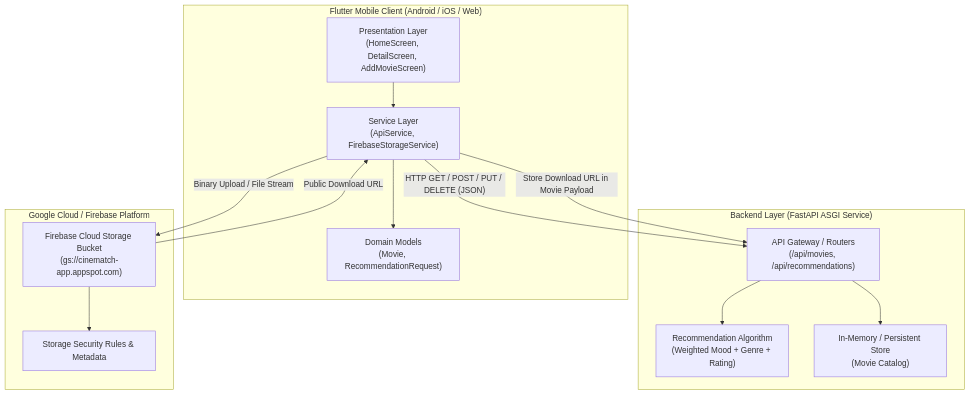
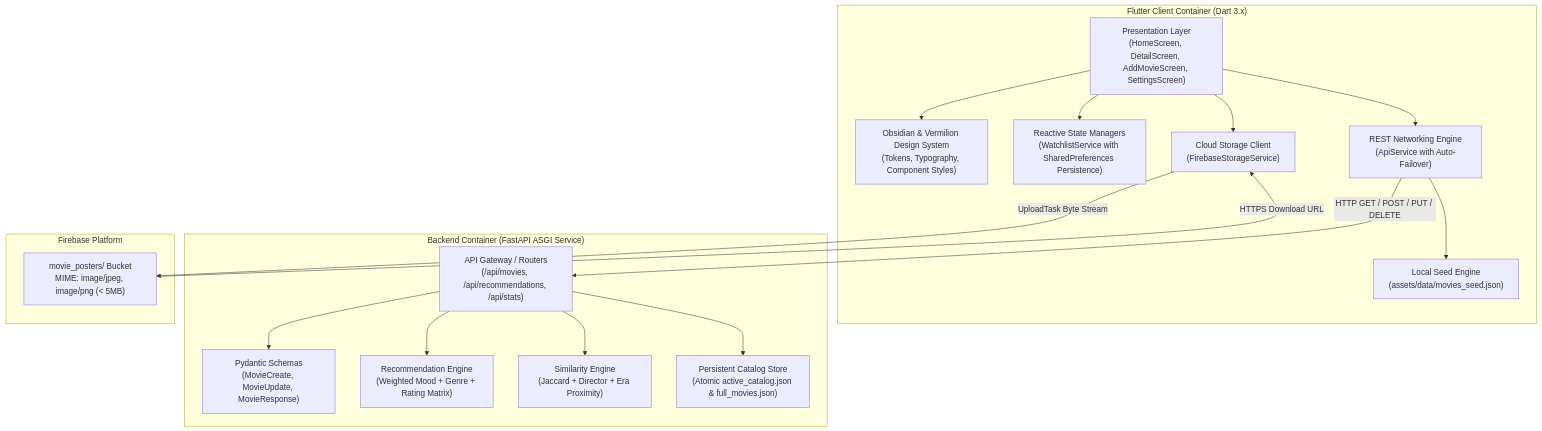
Before and after one commit to ivengexnce/cinematch: the second of 2 diagrams in architecture.md, drawn with Mermaid. The commit also changed other lines of this file and 25 other files, not shown here.

Commit message:
feat: add core app features including API service, screens, models, and UI components

````diff
--- a/architecture.md
+++ b/architecture.md
@@ -18,30 +45,39 @@
 ```mermaid
 graph TD
-    subgraph Client ["Flutter Mobile Client (Android / iOS / Web)"]
-        UI["Presentation Layer<br/>(HomeScreen, DetailScreen, AddMovieScreen)"]
-        Services["Service Layer<br/>(ApiService, FirebaseStorageService)"]
-        Models["Domain Models<br/>(Movie, RecommendationRequest)"]
-        UI --> Services
-        Services --> Models
+    subgraph ClientContainer ["Flutter Client Container (Dart 3.x)"]
+        UI["Presentation Layer<br/>(HomeScreen, DetailScreen, AddMovieScreen, SettingsScreen)"]
+        Theme["Obsidian & Vermilion Design System<br/>(Tokens, Typography, Component Styles)"]
+        StateService["Reactive State Managers<br/>(WatchlistService with SharedPreferences Persistence)"]
+        ApiClient["REST Networking Engine<br/>(ApiService with Auto-Failover)"]
+        StorageClient["Cloud Storage Client<br/>(FirebaseStorageService)"]
+        LocalSeed["Local Seed Engine<br/>(assets/data/movies_seed.json)"]
+
+        UI --> Theme
+        UI --> StateService
+        UI --> ApiClient
+        UI --> StorageClient
+        ApiClient --> LocalSeed
     end
 
-    subgraph Backend ["Backend Layer (FastAPI ASGI Service)"]
-        Router["API Gateway / Routers<br/>(/api/movies, /api/recommendations)"]
-        RecEngine["Recommendation Algorithm<br/>(Weighted Mood + Genre + Rating)"]
-        DB["In-Memory / Persistent Store<br/>(Movie Catalog)"]
+    subgraph BackendContainer ["Backend Container (FastAPI ASGI Service)"]
+        Router["API Gateway / Routers<br/>(/api/movies, /api/recommendations, /api/stats)"]
+        Validation["Pydantic Schemas<br/>(MovieCreate, MovieUpdate, MovieResponse)"]
+        RecEngine["Recommendation Engine<br/>(Weighted Mood + Genre + Rating Matrix)"]
+        SimilarEngine["Similarity Engine<br/>(Jaccard + Director + Era Proximity)"]
+        CatalogStore["Persistent Catalog Store<br/>(Atomic active_catalog.json & full_movies.json)"]
+
+        Router --> Validation
         Router --> RecEngine
-        Router --> DB
+        Router --> SimilarEngine
+        Router --> CatalogStore
     end
 
-    subgraph Firebase ["Google Cloud / Firebase Platform"]
-        StorageBucket["Firebase Cloud Storage Bucket<br/>(gs://cinematch-app.appspot.com)"]
-        SecurityRules["Storage Security Rules & Metadata"]
-        StorageBucket --> SecurityRules
+    subgraph StorageContainer ["Firebase Platform"]
+        StorageBucket["movie_posters/ Bucket<br/>MIME: image/jpeg, image/png (< 5MB)"]
     end
 
-    %% Interactions
-    Services -- "HTTP GET / POST / PUT / DELETE (JSON)" --> Router
-    Services -- "Binary Upload / File Stream" --> StorageBucket
-    StorageBucket -- "Public Download URL" --> Services
-    Services -- "Store Download URL in Movie Payload" --> Router
+    %% Network Interconnects
+    ApiClient -- "HTTP GET / POST / PUT / DELETE" --> Router
+    StorageClient -- "UploadTask Byte Stream" --> StorageBucket
+    StorageBucket -- "HTTPS Download URL" --> StorageClient
 ```
````
